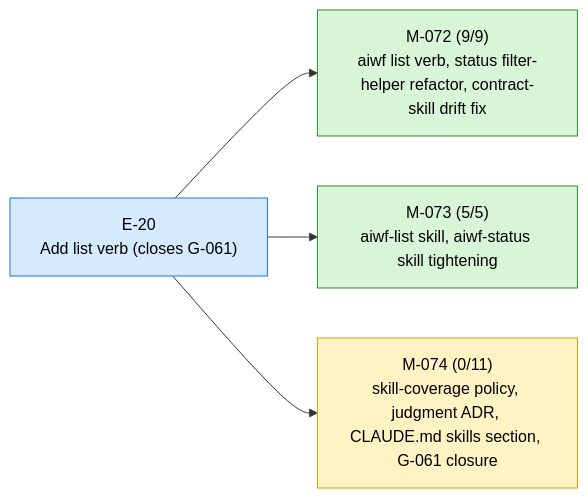
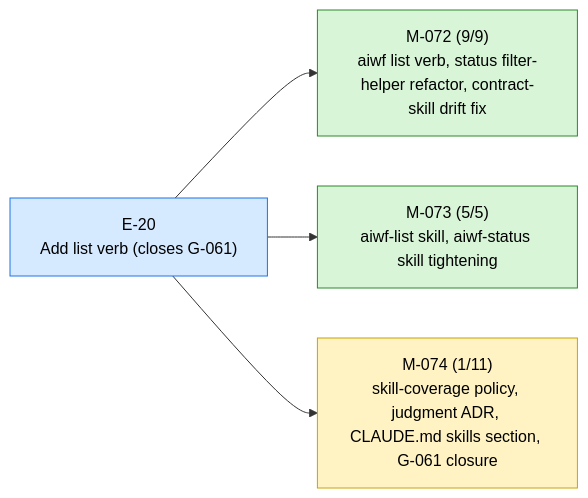
The first of 2 diagrams in STATUS.md (23min/aiwf), drawn with Mermaid before and after one commit. The commit also changed other lines of this file and 1 other file, not shown here.

````diff
--- a/STATUS.md
+++ b/STATUS.md
@@ -13,16 +13,16 @@
 ```mermaid
 flowchart LR
   E_20["E-20<br/>Add list verb (closes G-061)"]:::epic_active
   M_072["M-072 (9/9)<br/>aiwf list verb, status filter-helper refactor, contract-skill drift fix"]:::ms_done
   E_20 --> M_072
   M_073["M-073 (5/5)<br/>aiwf-list skill, aiwf-status skill tightening"]:::ms_done
   E_20 --> M_073
-  M_074["M-074 (0/11)<br/>skill-coverage policy, judgment ADR, CLAUDE.md skills section, G-061 closure"]:::ms_in_progress
+  M_074["M-074 (1/11)<br/>skill-coverage policy, judgment ADR, CLAUDE.md skills section, G-061 closure"]:::ms_in_progress
   E_20 --> M_074
   classDef epic_active fill:#d6eaff,stroke:#1a73e8,color:#000
   classDef epic_proposed fill:#f4f4f4,stroke:#888,color:#000
   classDef ms_done fill:#d8f5d8,stroke:#2a8a2a,color:#000
   classDef ms_in_progress fill:#fff3c4,stroke:#caa400,color:#000
   classDef ms_draft fill:#f4f4f4,stroke:#888,color:#000
   classDef ms_cancelled fill:#fbeaea,stroke:#c33,color:#000
 ```
````
